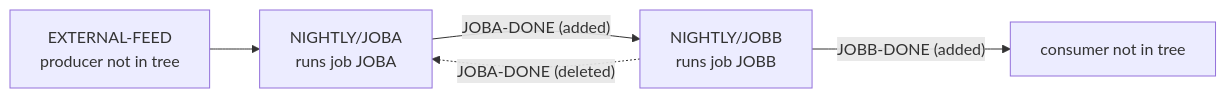
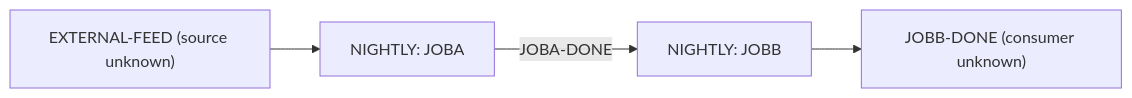
Before and after one commit to Sparq-Holding-Inc/claude-legacy-modernization: the diagram in evals/runs/09-temporal-controlm/modernization-assessment/02-coupling.md, drawn with Mermaid. The commit also changed other lines of this file and 252 other files, not shown here.

````diff
--- a/evals/runs/09-temporal-controlm/modernization-assessment/02-coupling.md
+++ b/evals/runs/09-temporal-controlm/modernization-assessment/02-coupling.md
@@ -21,7 +20,6 @@
 ```mermaid
 graph LR
-  FEED["EXTERNAL-FEED<br/>producer not in tree"] --> A["NIGHTLY/JOBA<br/>runs job JOBA"]
-  A -- "JOBA-DONE (added)" --> B["NIGHTLY/JOBB<br/>runs job JOBB"]
-  B -. "JOBA-DONE (deleted)" .-> A
-  B -- "JOBB-DONE (added)" --> NEXT["consumer not in tree"]
+  EXT["EXTERNAL-FEED (source unknown)"] --> A["NIGHTLY: JOBA"]
+  A -- "JOBA-DONE" --> B["NIGHTLY: JOBB"]
+  B --> OUT["JOBB-DONE (consumer unknown)"]
 ```
````
